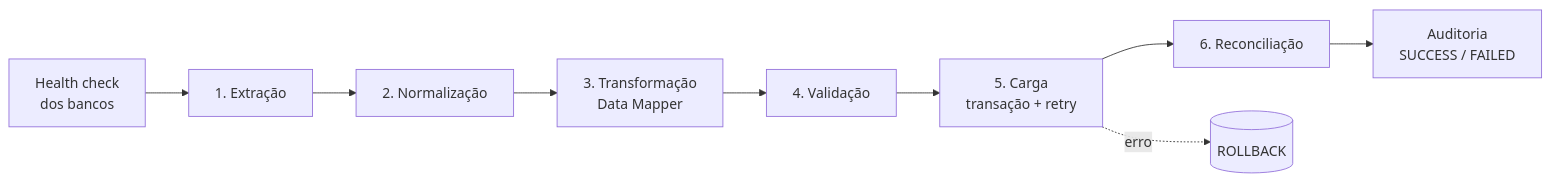
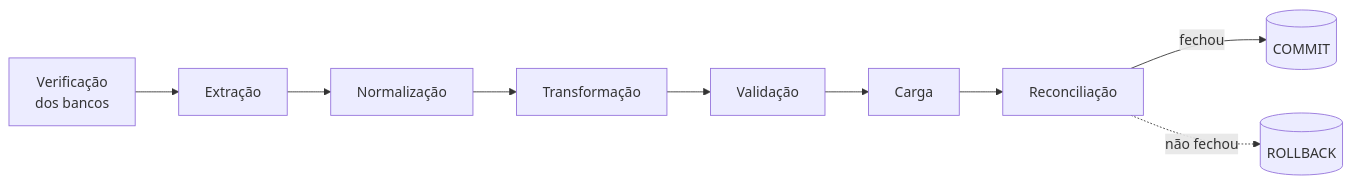
The diagram in README.md (EcoCiente-Instituto-J-F/md-rpa-integration), drawn with Mermaid before and after one commit. The commit also changed other lines of this file and 10 other files, not shown here.

````diff
--- a/README.md
+++ b/README.md
@@ -19,11 +23,11 @@
 ```mermaid
 flowchart LR
-    A[Health check<br/>dos bancos] --> B[1. Extração]
-    B --> C[2. Normalização]
-    C --> D[3. Transformação<br/>Data Mapper]
-    D --> E[4. Validação]
-    E --> F[5. Carga<br/>transação + retry]
-    F --> G[6. Reconciliação]
-    G --> H[Auditoria<br/>SUCCESS / FAILED]
-    F -. erro .-> R[(ROLLBACK)]
+    A[Verificação<br/>dos bancos] --> B[Extração]
+    B --> C[Normalização]
+    C --> D[Transformação]
+    D --> E[Validação]
+    E --> F[Carga]
+    F --> G[Reconciliação]
+    G -- fechou --> H[(COMMIT)]
+    G -. não fechou .-> R[(ROLLBACK)]
 ```
````
